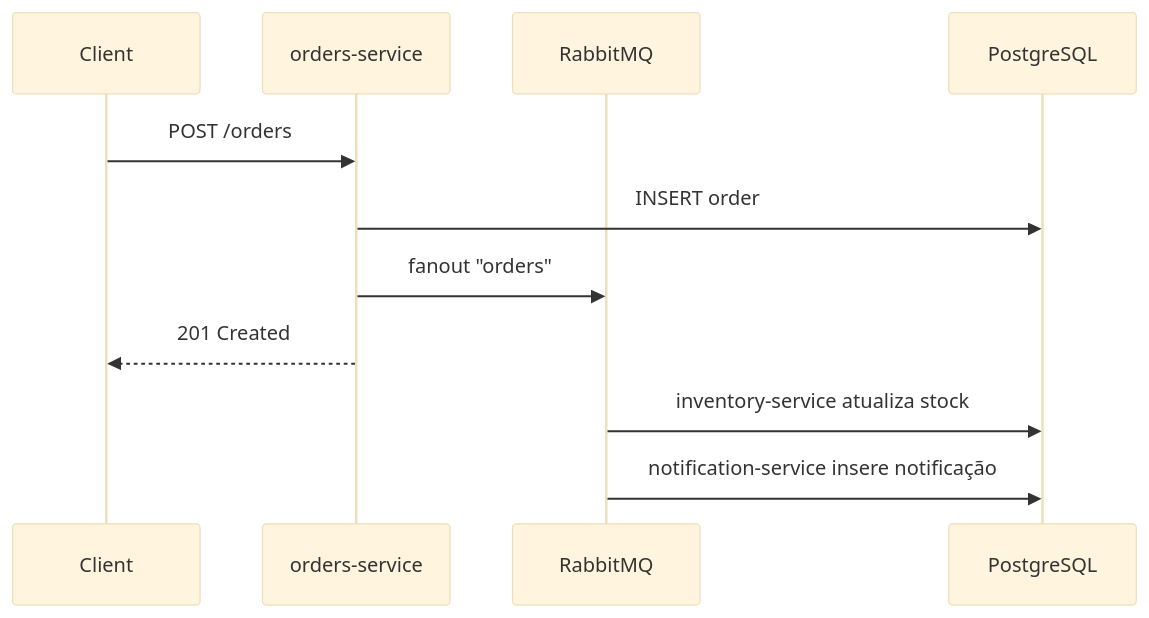
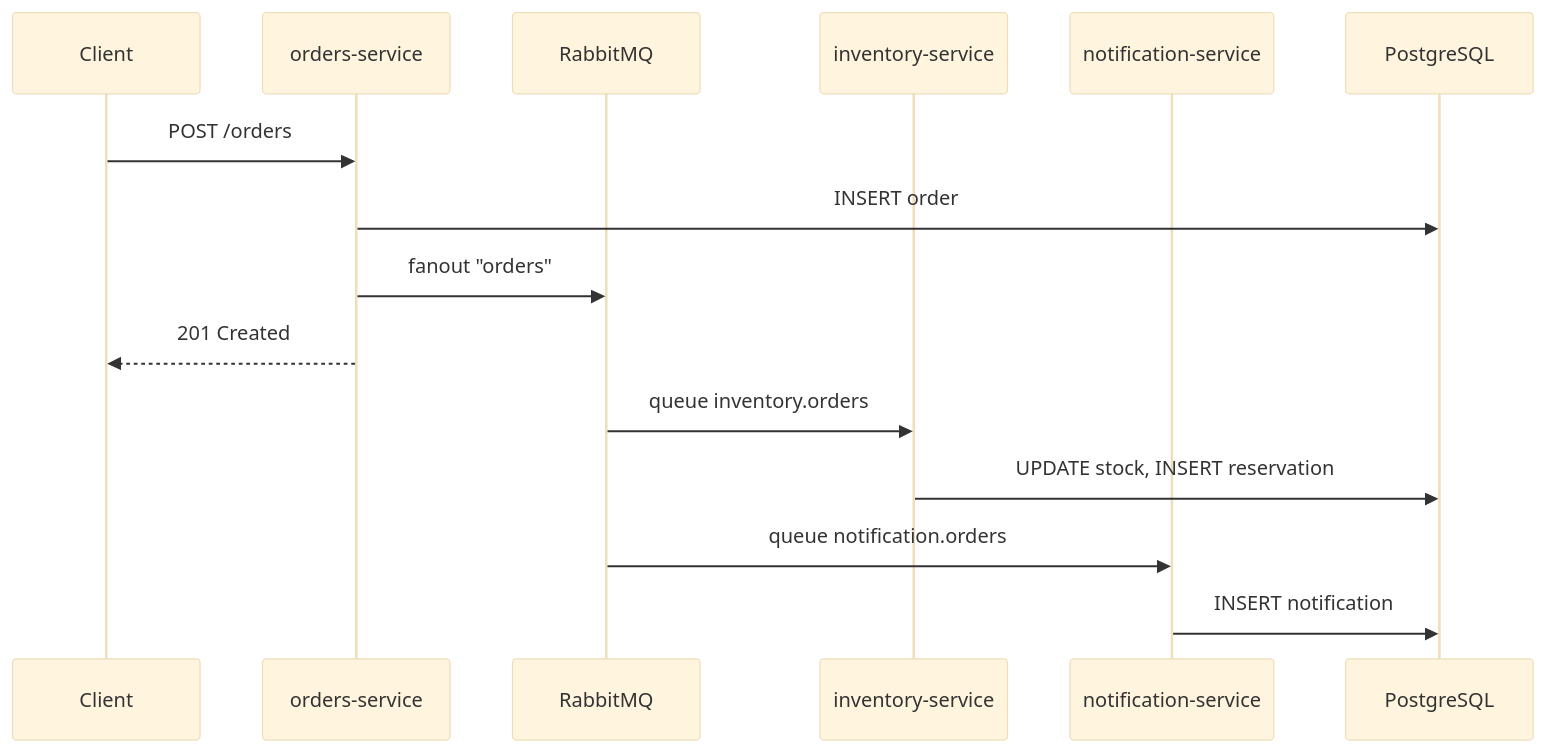
One commit to davixedes/workshop-app changed the first of 3 diagrams in architecture.md. Above: the diagram before and after it, drawn with Mermaid (base theme). The commit also changed other lines of this file, not shown here.

Commit message:
adicionando archicteture.md

````diff
--- a/architecture.md
+++ b/architecture.md
@@ -5,15 +5,20 @@
 ```mermaid
 sequenceDiagram
     participant Client
     participant OS as orders-service
     participant RMQ as RabbitMQ
+    participant IS as inventory-service
+    participant NS as notification-service
     participant PG as PostgreSQL
 
     Client->>OS: POST /orders
     OS->>PG: INSERT order
     OS->>RMQ: fanout "orders"
     OS-->>Client: 201 Created
 
-    RMQ->>PG: inventory-service atualiza stock
-    RMQ->>PG: notification-service insere notificação
+    RMQ->>IS: queue inventory.orders
+    IS->>PG: UPDATE stock, INSERT reservation
+
+    RMQ->>NS: queue notification.orders
+    NS->>PG: INSERT notification
 ```
````
